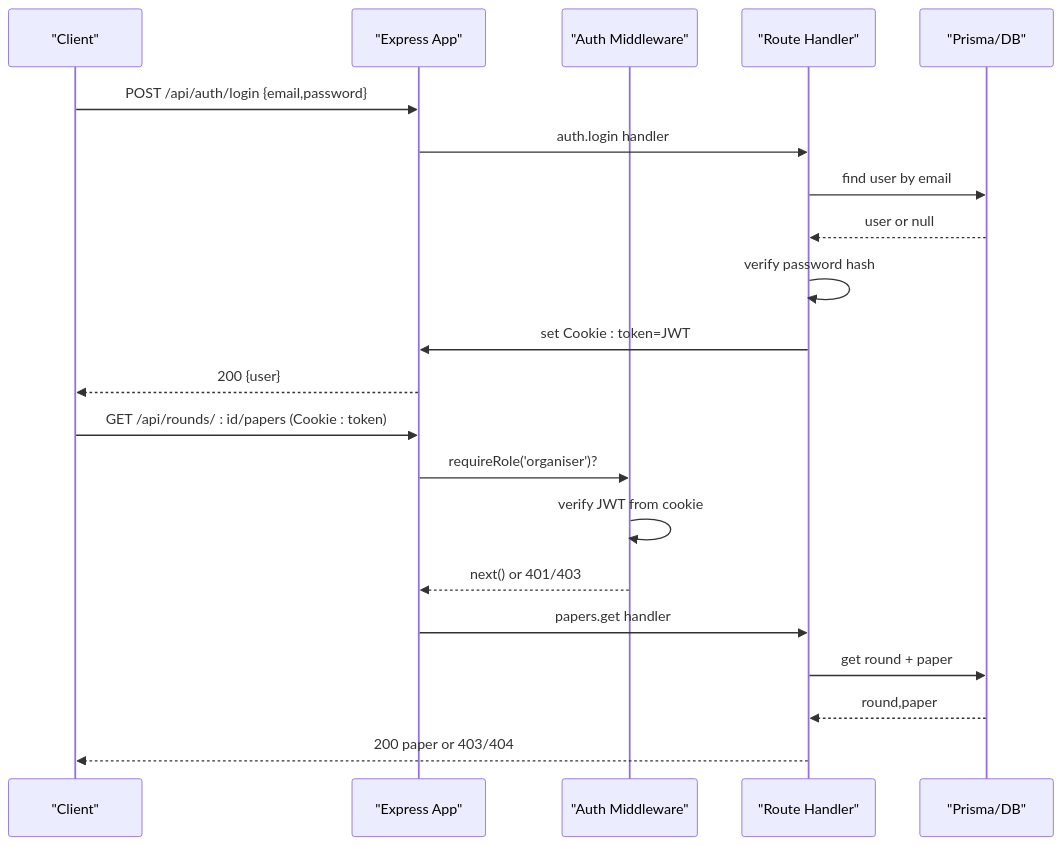
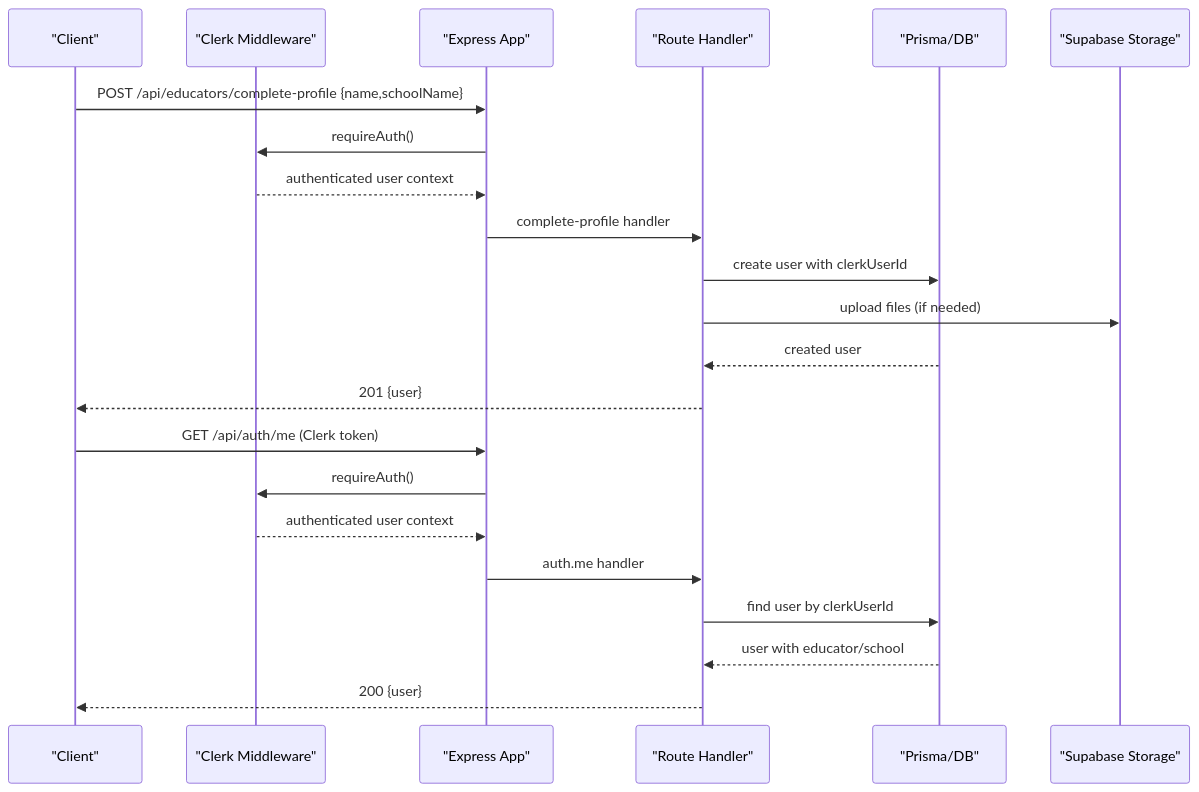
One commit to ZandileMkontwana/olympiad-portal changed the second of 3 diagrams in .qoder/repowiki/en/content/API Reference/API Reference.md. Above: the diagram before and after it, drawn with Mermaid. The commit also changed other lines of this file and 16 other files, not shown here.

Commit message:
fix: test(backend): update tests for Clerk auth and Supabase storage

````diff
--- a/.qoder/repowiki/en/content/API Reference/API Reference.md
+++ b/.qoder/repowiki/en/content/API Reference/API Reference.md
@@ -72,23 +72,24 @@
 ```mermaid
 sequenceDiagram
 participant C as "Client"
+participant CM as "Clerk Middleware"
 participant E as "Express App"
-participant A as "Auth Middleware"
 participant R as "Route Handler"
 participant DB as "Prisma/DB"
-C->>E : POST /api/auth/login {email,password}
-E->>R : auth.login handler
-R->>DB : find user by email
-DB-->>R : user or null
-R->>R : verify password hash
-R->>E : set Cookie : token=JWT
-E-->>C : 200 {user}
-C->>E : GET /api/rounds/ : id/papers (Cookie : token)
-E->>A : requireRole('organiser')?
-A->>A : verify JWT from cookie
-A-->>E : next() or 401/403
-E->>R : papers.get handler
-R->>DB : get round + paper
-DB-->>R : round,paper
-R-->>C : 200 paper or 403/404
+participant S as "Supabase Storage"
+C->>E : POST /api/educators/complete-profile {name,schoolName}
+E->>CM : requireAuth()
+CM-->>E : authenticated user context
+E->>R : complete-profile handler
+R->>DB : create user with clerkUserId
+R->>S : upload files (if needed)
+DB-->>R : created user
+R-->>C : 201 {user}
+C->>E : GET /api/auth/me (Clerk token)
+E->>CM : requireAuth()
+CM-->>E : authenticated user context
+E->>R : auth.me handler
+R->>DB : find user by clerkUserId
+DB-->>R : user with educator/school
+R-->>C : 200 {user}
 ```
````
